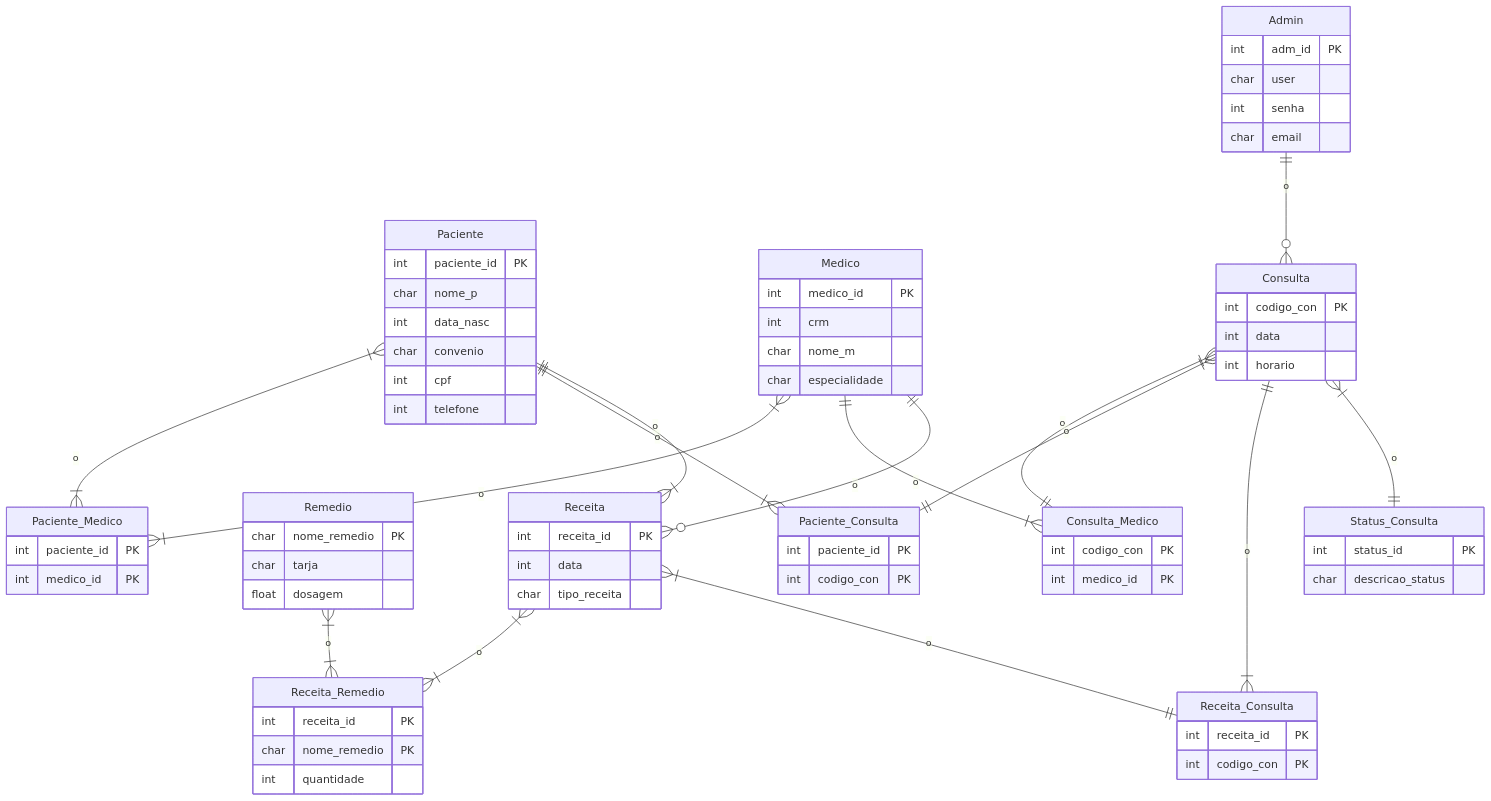
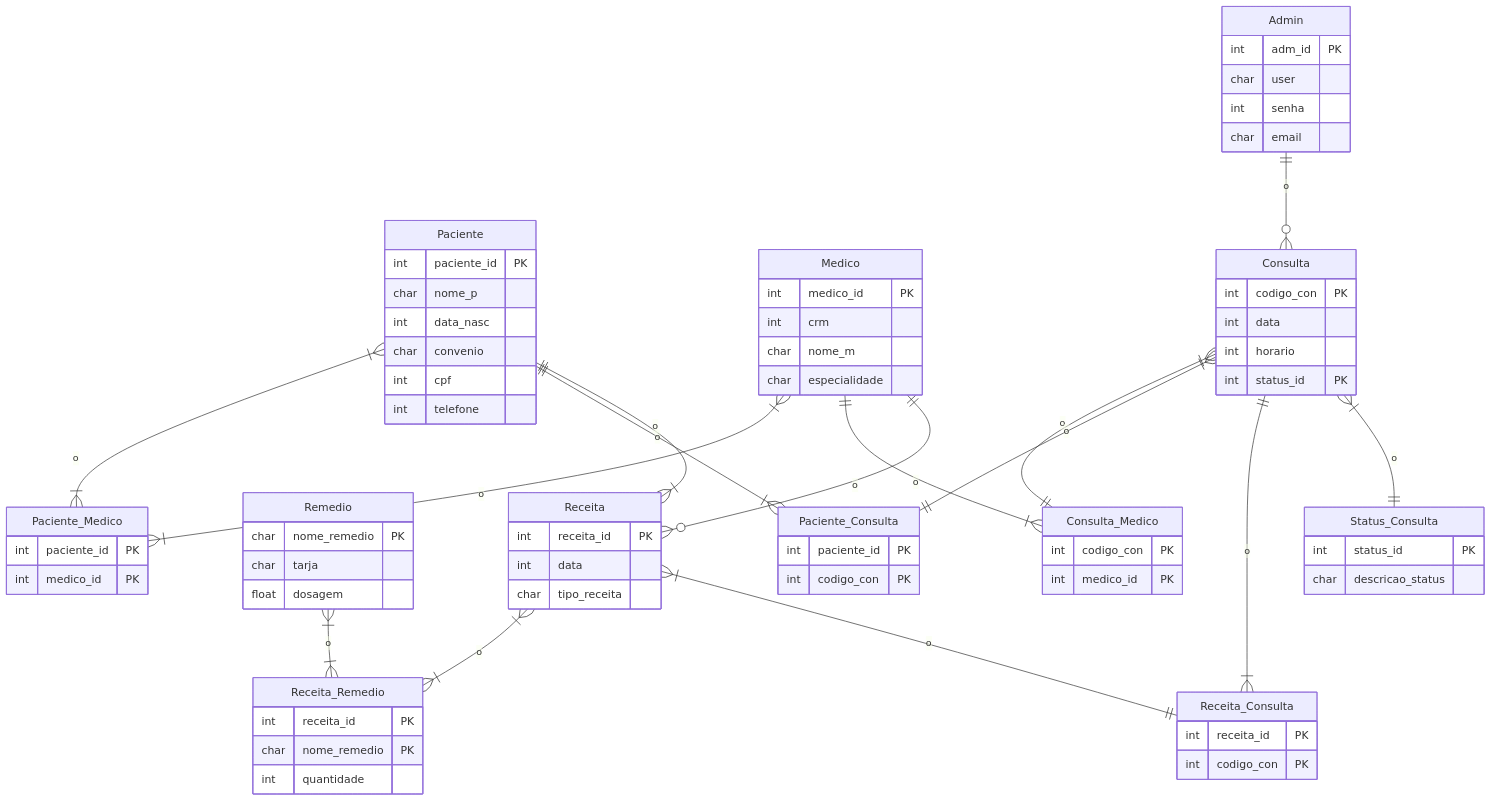
One commit to StellaOli/ModelandoSQL changed the diagram in MR.md. Above: the diagram before and after it, drawn with Mermaid.

```diff
--- a/MR.md
+++ b/MR.md
@@ -33,6 +33,7 @@
            int codigo_con PK
            int data
            int horario
+           int status_id PK 
          }
 
        Status_Consulta{
```
